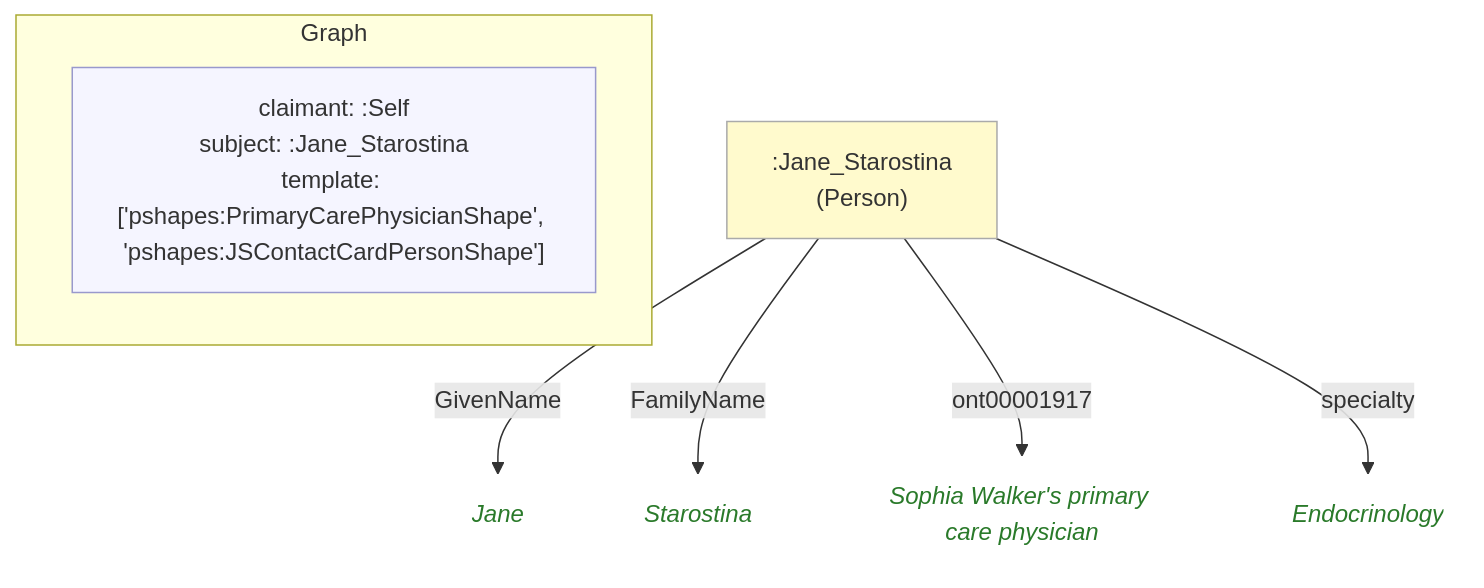
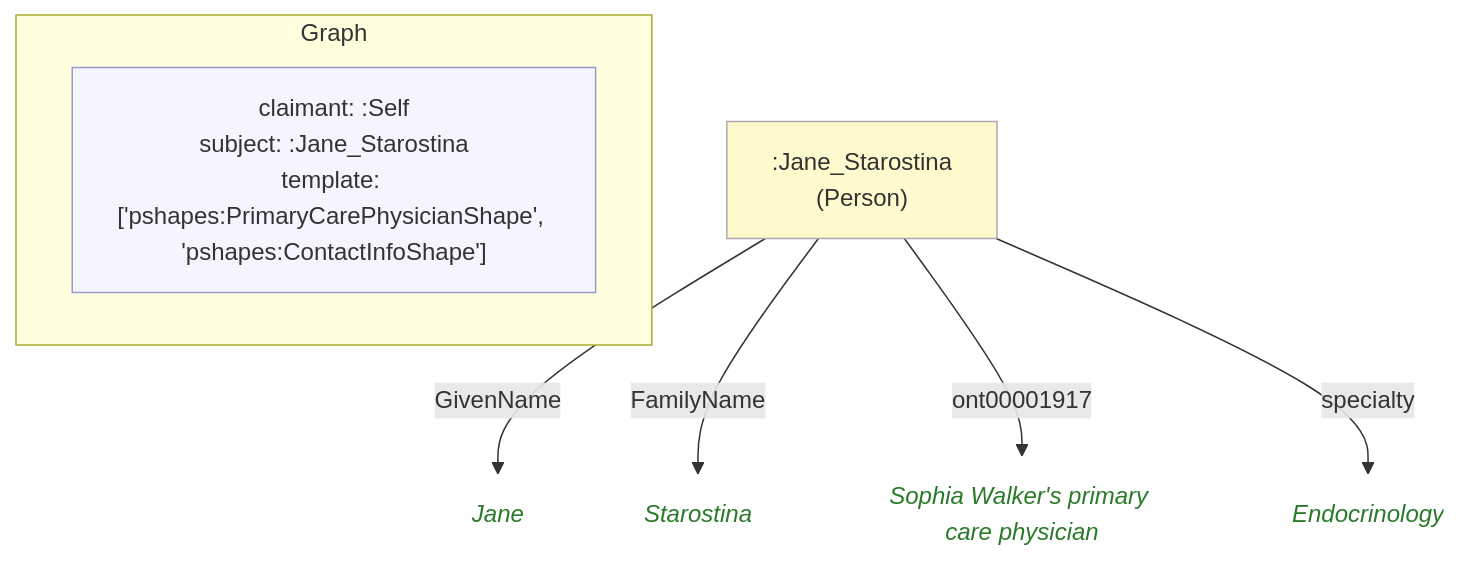
The diagram in example/graphs/images/graph-25.mmd (MeeFoundation/mia-ontologies), drawn with Mermaid before and after one commit. The commit also changed 170 other files, not shown here.

First line of the commit message:
Rename JSContactCard to ContactInfo; allow a manual topic on any MemberCell

```diff
--- a/example/graphs/images/graph-25.mmd
+++ b/example/graphs/images/graph-25.mmd
@@ -1,21 +1,21 @@
 flowchart TD
     classDef person fill:#fffacd,stroke:#aaa,color:#333
     classDef org    fill:#cce5ff,stroke:#aaa,color:#333
     classDef lit    fill:none,stroke:none,font-style:italic,color:#2a7a2a
     classDef meta   fill:#f5f5ff,stroke:#9999cc,color:#333
 
     subgraph ctx["Graph"]
         direction LR
-        ctx_meta["claimant: :Self\nsubject: :Jane_Starostina\ntemplate: ['pshapes:PrimaryCarePhysicianShape', 'pshapes:JSContactCardPersonShape']"]:::meta
+        ctx_meta["claimant: :Self\nsubject: :Jane_Starostina\ntemplate: ['pshapes:PrimaryCarePhysicianShape', 'pshapes:ContactInfoShape']"]:::meta
     end
 
     ncb7388e459f8[":Jane_Starostina\n(Person)"]:::person
-    nb37c2d1722f7("Jane"):::lit
-    nfe46ff05e293("Starostina"):::lit
-    n9f4b94edfa47("Sophia Walker's primary care physician"):::lit
+    n9c4e38618163("Jane"):::lit
+    n3569032f4309("Starostina"):::lit
+    n04358eb51fb0("Sophia Walker's primary care physician"):::lit
     n3c7aa6d071dd("Endocrinology"):::lit
 
-    ncb7388e459f8 -->|"GivenName"| nb37c2d1722f7
-    ncb7388e459f8 -->|"FamilyName"| nfe46ff05e293
-    ncb7388e459f8 -->|"ont00001917"| n9f4b94edfa47
+    ncb7388e459f8 -->|"GivenName"| n9c4e38618163
+    ncb7388e459f8 -->|"FamilyName"| n3569032f4309
+    ncb7388e459f8 -->|"ont00001917"| n04358eb51fb0
     ncb7388e459f8 -->|"specialty"| n3c7aa6d071dd
```
